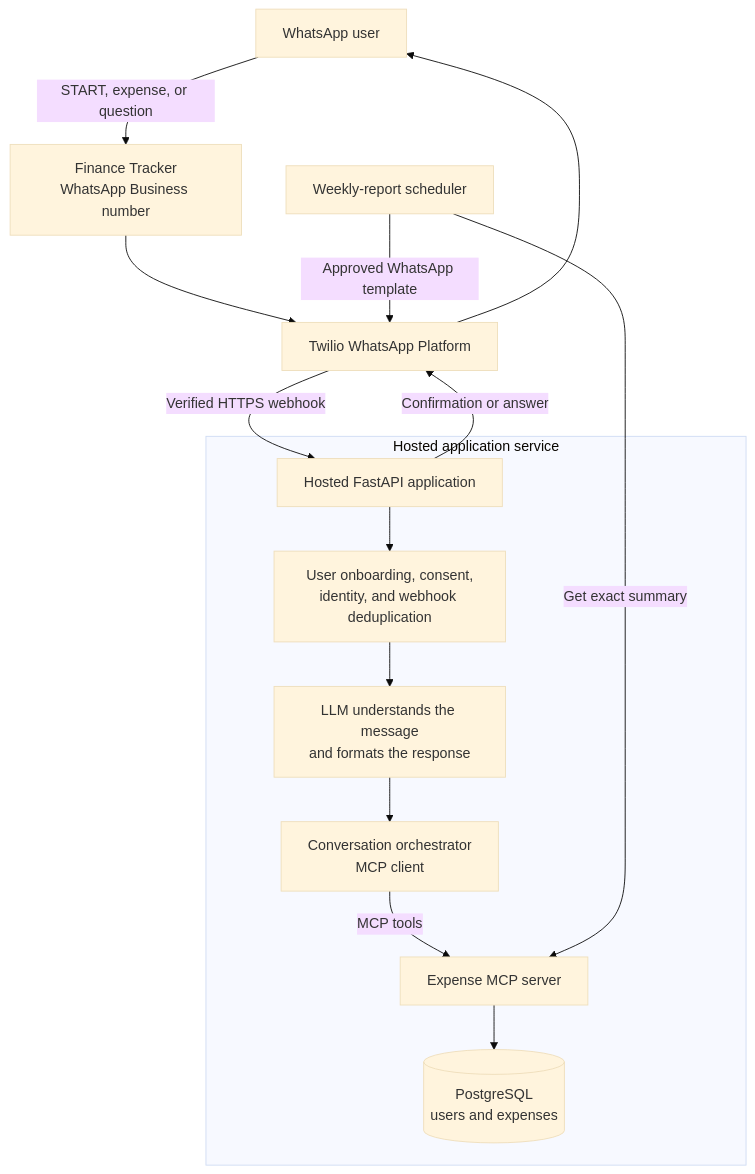
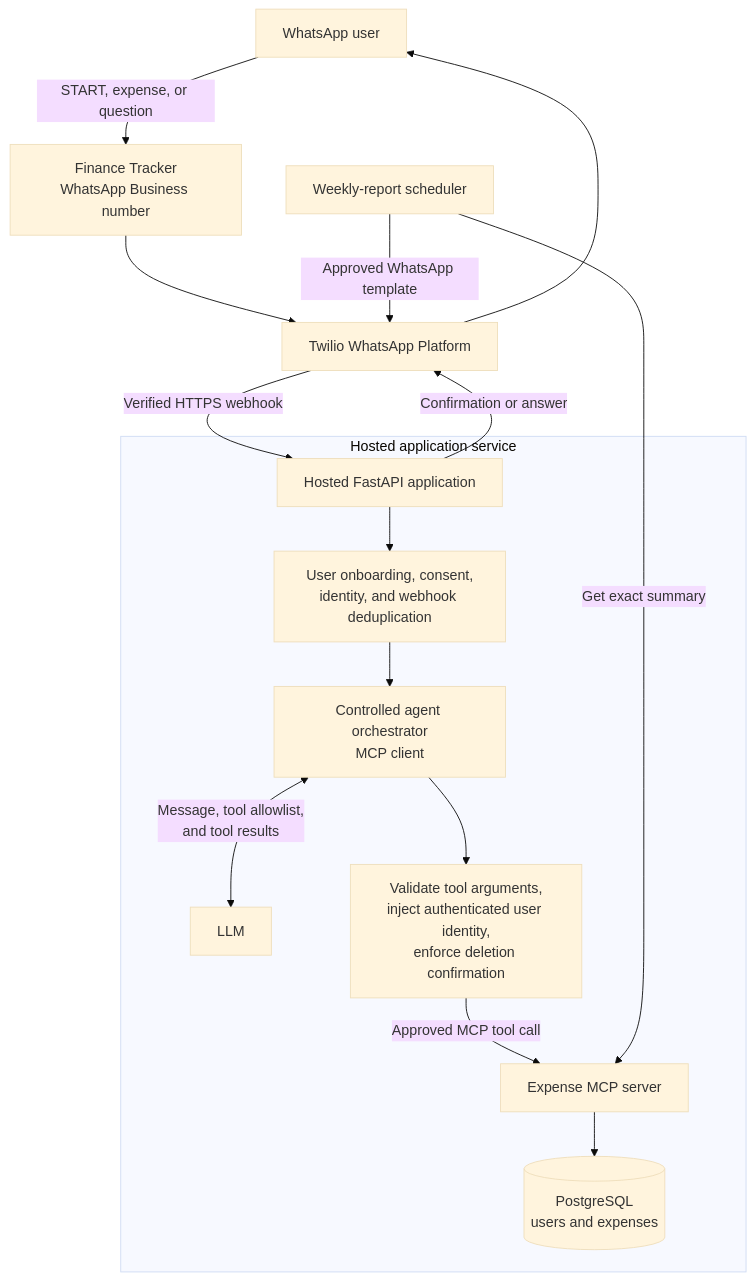
The first of 2 diagrams in README.md (Abijith97/expense-tracker-with-mcp), drawn with Mermaid (base theme) before and after one commit. The commit also changed other lines of this file and 1 other file, not shown here.

Commit message:
Refactor agent orchestration and enhance prompt structure for controlled tool selection

````diff
--- a/README.md
+++ b/README.md
@@ -7,19 +7,20 @@
 ```mermaid
 flowchart TB
     User[WhatsApp user] -->|START, expense, or question| WhatsApp[Finance Tracker<br/>WhatsApp Business number]
     WhatsApp --> Twilio[Twilio WhatsApp Platform]
     Twilio -->|Verified HTTPS webhook| API[Hosted FastAPI application]
 
     subgraph Application[Hosted application service]
         API --> Identity[User onboarding, consent,<br/>identity, and webhook deduplication]
-        Identity --> LLM[LLM understands the message<br/>and formats the response]
-        LLM --> Agent[Conversation orchestrator<br/>MCP client]
-        Agent -->|MCP tools| MCP[Expense MCP server]
+        Identity --> Agent[Controlled agent orchestrator<br/>MCP client]
+        Agent <-->|Message, tool allowlist,<br/>and tool results| LLM[LLM]
+        Agent --> Guardrails[Validate tool arguments,<br/>inject authenticated user identity,<br/>enforce deletion confirmation]
+        Guardrails -->|Approved MCP tool call| MCP[Expense MCP server]
         MCP --> Database[(PostgreSQL<br/>users and expenses)]
     end
 
     Scheduler[Weekly-report scheduler] -->|Get exact summary| MCP
     Scheduler -->|Approved WhatsApp template| Twilio
     API -->|Confirmation or answer| Twilio
     Twilio --> User
 ```
````
